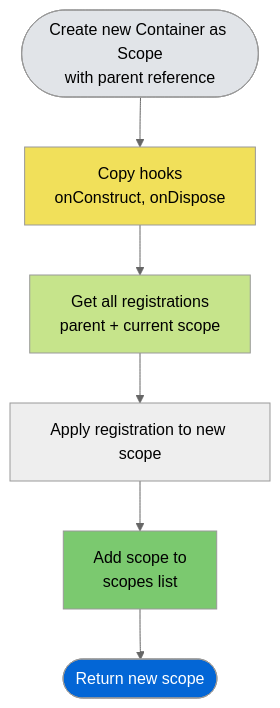
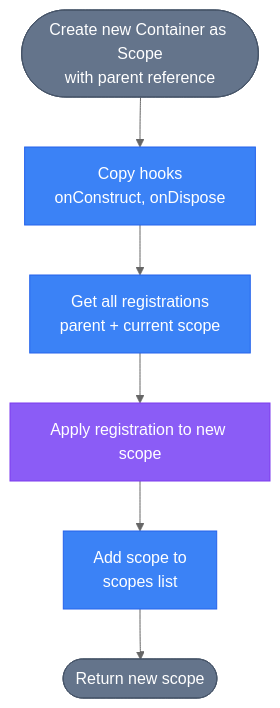
The diagram in docs/src/diagrams/create-scope-flow.mermaid (IgorBabkin/ts-ioc-container), drawn with Mermaid (neutral theme) before and after one commit.

Commit message:
docs(pages): fix diagramm

```diff
--- a/docs/src/diagrams/create-scope-flow.mermaid
+++ b/docs/src/diagrams/create-scope-flow.mermaid
@@ -1,12 +1,14 @@
 flowchart TD
     Create([Create new Container as Scope<br/>with parent reference]) --> CopyHooks[Copy hooks<br/>onConstruct, onDispose]
     CopyHooks --> GetRegs[Get all registrations<br/>parent + current scope]
     GetRegs --> Apply[Apply registration to new scope]
     Apply --> AddScope[Add scope to<br/>scopes list]
     AddScope --> Return([Return new scope])
 
-    style Create fill:#e1e4e8
-    style CopyHooks fill:#f1e05a
-    style GetRegs fill:#c6e48b
-    style AddScope fill:#7bc96f
-    style Return fill:#0366d6,color:#fff
+    classDef startEnd fill:#64748b,stroke:#475569,color:#fff
+    classDef process fill:#3b82f6,stroke:#2563eb,color:#fff
+    classDef action fill:#8b5cf6,stroke:#7c3aed,color:#fff
+
+    class Create,Return startEnd
+    class CopyHooks,GetRegs,AddScope process
+    class Apply action
```
